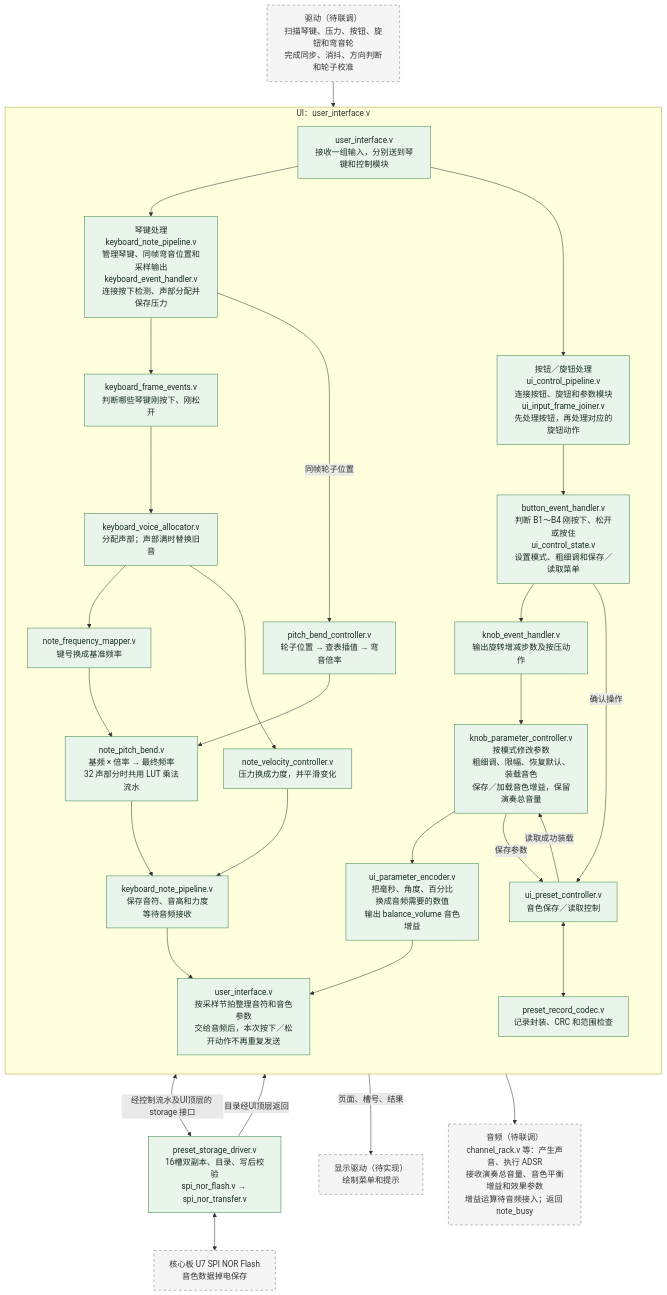
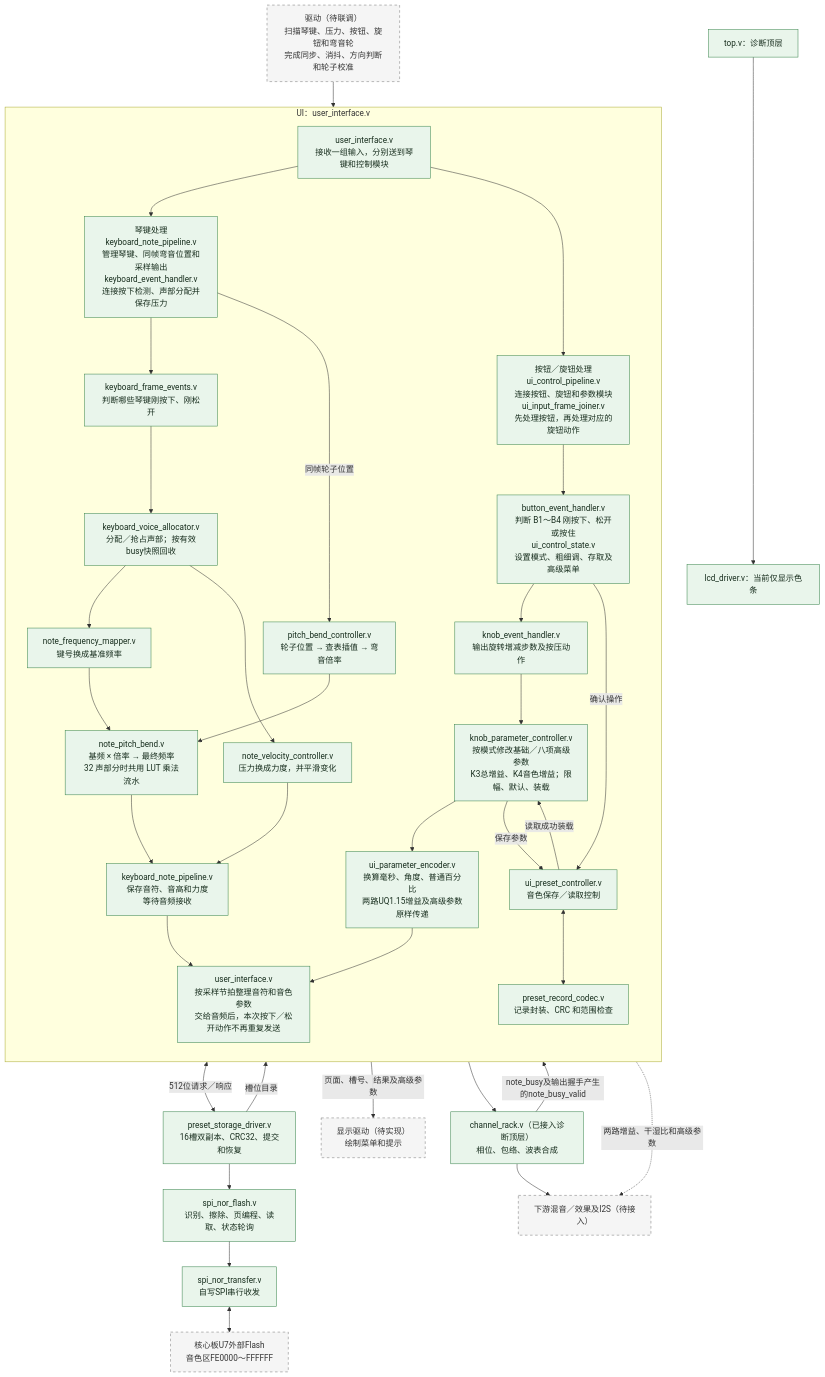
One commit to MaybeThready/MT-EMI changed the first of 3 diagrams in docs/UI模块README.md. Above: the diagram before and after it, drawn with Mermaid. The commit also changed other lines of this file and 55 other files, not shown here.

````diff
--- a/docs/UI模块README.md
+++ b/docs/UI模块README.md
@@ -57,43 +66,49 @@
 ```mermaid
 flowchart TB
     D["驱动（待联调）<br/>扫描琴键、压力、按钮、旋钮和弯音轮<br/>完成同步、消抖、方向判断和轮子校准"]
     subgraph UI["UI：user_interface.v"]
         direction TB
         I["user_interface.v<br/>接收一组输入，分别送到琴键和控制模块"]
         K1["琴键处理<br/>keyboard_note_pipeline.v<br/>管理琴键、同帧弯音位置和采样输出<br/>keyboard_event_handler.v<br/>连接按下检测、声部分配并保存压力"]
         C1["按钮／旋钮处理<br/>ui_control_pipeline.v<br/>连接按钮、旋钮和参数模块<br/>ui_input_frame_joiner.v<br/>先处理按钮，再处理对应的旋钮动作"]
         K2["keyboard_frame_events.v<br/>判断哪些琴键刚按下、刚松开"]
-        C2["button_event_handler.v<br/>判断 B1～B4 刚按下、松开或按住<br/>ui_control_state.v<br/>设置模式、粗细调和保存／读取菜单"]
-        K3["keyboard_voice_allocator.v<br/>分配声部；声部满时替换旧音"]
+        C2["button_event_handler.v<br/>判断 B1～B4 刚按下、松开或按住<br/>ui_control_state.v<br/>设置模式、粗细调、存取及高级菜单"]
+        K3["keyboard_voice_allocator.v<br/>分配／抢占声部；按有效busy快照回收"]
         C3["knob_event_handler.v<br/>输出旋转增减步数及按压动作"]
         K4["note_frequency_mapper.v<br/>键号换成基准频率"]
         V["note_velocity_controller.v<br/>压力换成力度，并平滑变化"]
         BEND["pitch_bend_controller.v<br/>轮子位置 → 查表插值 → 弯音倍率"]
         FREQ["note_pitch_bend.v<br/>基频 × 倍率 → 最终频率<br/>32 声部分时共用 LUT 乘法流水"]
-        C4["knob_parameter_controller.v<br/>按模式修改参数<br/>粗细调、限幅、恢复默认、装载音色<br/>保存／加载音色增益，保留演奏总音量"]
+        C4["knob_parameter_controller.v<br/>按模式修改基础／八项高级参数<br/>K3总增益、K4音色增益；限幅、默认、装载"]
         K5["keyboard_note_pipeline.v<br/>保存音符、音高和力度<br/>等待音频接收"]
-        C5["ui_parameter_encoder.v<br/>把毫秒、角度、百分比<br/>换成音频需要的数值<br/>输出 balance_volume 音色增益"]
+        C5["ui_parameter_encoder.v<br/>换算毫秒、角度、普通百分比<br/>两路UQ1.15增益及高级参数原样传递"]
         O["user_interface.v<br/>按采样节拍整理音符和音色参数<br/>交给音频后，本次按下／松开动作不再重复发送"]
         I --> K1 & C1
         K1 --> K2 --> K3 --> K4 --> FREQ --> K5 --> O
         K1 -->|同帧轮子位置| BEND --> FREQ
         K3 --> V --> K5
         C1 --> C2 --> C3 --> C4 --> C5 --> O
         P["ui_preset_controller.v<br/>音色保存／读取控制"]
         R["preset_record_codec.v<br/>记录封装、CRC 和范围检查"]
         C2 -->|确认操作| P
         C4 -->|保存参数| P
         P -->|读取成功装载| C4
         P <--> R
     end
     D --> I
-    P <-->|经控制流水及UI顶层的 storage 接口| S["preset_storage_driver.v<br/>16槽双副本、目录、写后校验<br/>spi_nor_flash.v → spi_nor_transfer.v"]
-    S <--> MEM["核心板 U7 SPI NOR Flash<br/>音色数据掉电保存"]
-    S -->|目录经UI顶层返回| C1
-    C2 -->|页面、槽号、结果| LCD["显示驱动（待实现）<br/>绘制菜单和提示"]
-    O --> A["音频（待联调）<br/>channel_rack.v 等：产生声音、执行 ADSR<br/>接收演奏总音量、音色平衡增益和效果参数<br/>增益运算待音频接入；返回 note_busy"]
+    P <-->|512位请求／响应| S["preset_storage_driver.v<br/>16槽双副本、CRC32、提交和恢复"]
+    S -->|槽位目录| C2
+    S --> SF["spi_nor_flash.v<br/>识别、擦除、页编程、读取、状态轮询"]
+    SF --> SPI["spi_nor_transfer.v<br/>自写SPI串行收发"]
+    SPI <--> FLASH["核心板U7外部Flash<br/>音色区FE0000～FFFFFF"]
+    O -->|页面、槽号、结果及高级参数| LCD["显示驱动（待实现）<br/>绘制菜单和提示"]
+    O --> A["channel_rack.v（已接入诊断顶层）<br/>相位、包络、波表合成"]
+    A --> MIX["下游混音／效果及I2S（待接入）"]
+    O -.->|两路增益、干湿比和高级参数| MIX
+    A -->|note_busy及输出握手产生的note_busy_valid| K1
+    TOP["top.v：诊断顶层"] --> COLOR["lcd_driver.v：当前仅显示色条"]
     classDef done fill:#e9f5eb,stroke:#38834b,color:#172d1d;
     classDef pending fill:#f5f5f5,stroke:#777,stroke-dasharray:5 5,color:#333;
-    class I,K1,K2,K3,K4,K5,V,BEND,FREQ,C1,C2,C3,C4,C5,O,P,R,S done;
-    class D,A,LCD,MEM pending;
+    class I,K1,K2,K3,K4,K5,V,BEND,FREQ,C1,C2,C3,C4,C5,O,P,R,S,SF,SPI,A,TOP,COLOR done;
+    class D,FLASH,MIX,LCD pending;
 ```
````
